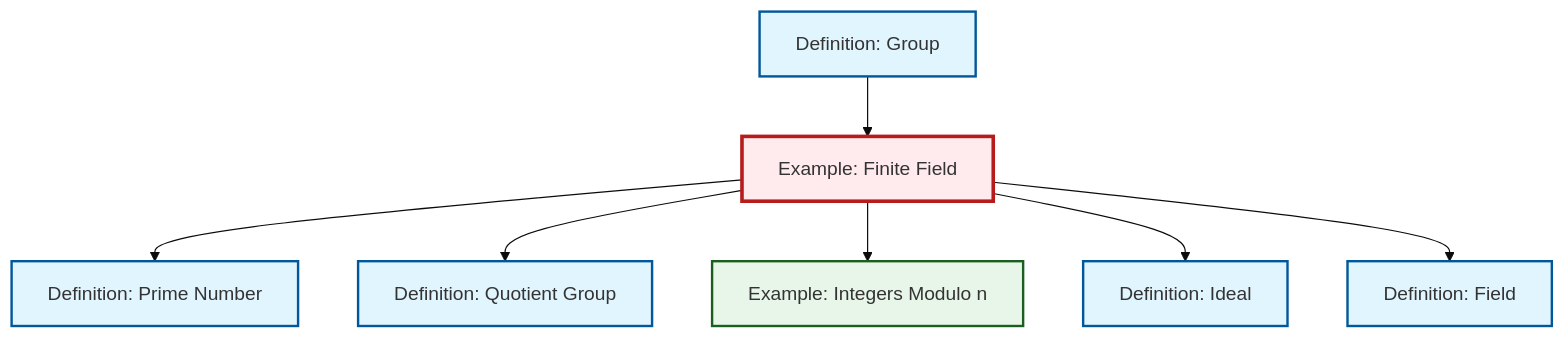
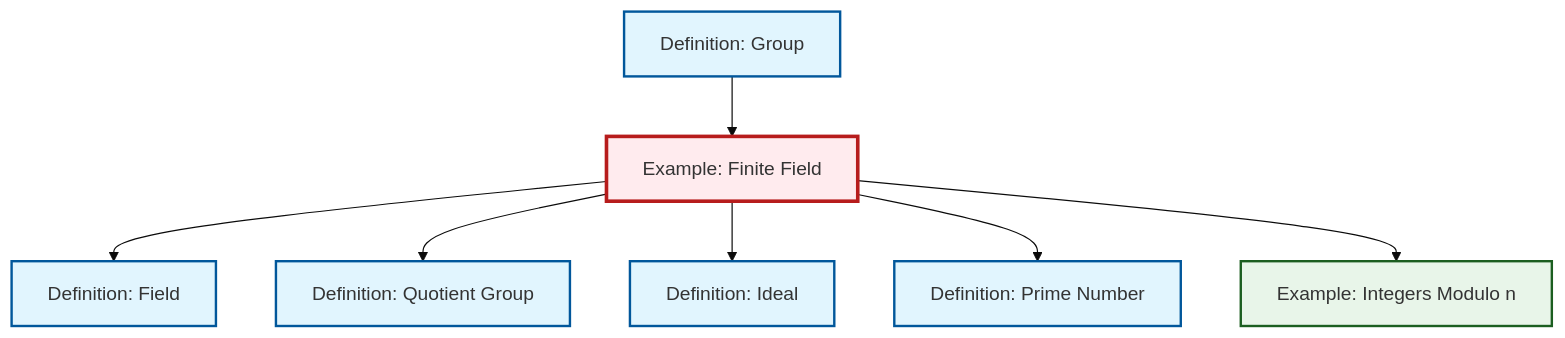
Before and after one commit to RK0429/ModernMath: the diagram in content/ja/algebra/ex-finite-field.qmd, drawn with Mermaid (base theme). The commit also changed other lines of this file and 491 other files, not shown here.

````diff
--- a/content/ja/algebra/ex-finite-field.qmd
+++ b/content/ja/algebra/ex-finite-field.qmd
@@ -65,29 +65,29 @@
 ```{mermaid}
 %%| fig-cap: "Local dependency graph"
 graph TD
     classDef definition fill:#e1f5fe,stroke:#01579b,stroke-width:2px
     classDef theorem fill:#f3e5f5,stroke:#4a148c,stroke-width:2px
     classDef axiom fill:#fff3e0,stroke:#e65100,stroke-width:2px
     classDef example fill:#e8f5e9,stroke:#1b5e20,stroke-width:2px
     classDef current fill:#ffebee,stroke:#b71c1c,stroke-width:3px
+    ex-quotient-integers-mod-n["Example: Integers Modulo n"]:::example
     ex-finite-field["Example: Finite Field"]:::example
+    def-field["Definition: Field"]:::definition
     def-group["Definition: Group"]:::definition
     def-ideal["Definition: Ideal"]:::definition
-    def-field["Definition: Field"]:::definition
-    ex-quotient-integers-mod-n["Example: Integers Modulo n"]:::example
     def-prime["Definition: Prime Number"]:::definition
     def-quotient-group["Definition: Quotient Group"]:::definition
+    ex-finite-field --> def-field
+    ex-finite-field --> def-quotient-group
+    ex-finite-field --> def-ideal
     ex-finite-field --> def-prime
-    ex-finite-field --> def-quotient-group
     ex-finite-field --> ex-quotient-integers-mod-n
     def-group --> ex-finite-field
-    ex-finite-field --> def-ideal
-    ex-finite-field --> def-field
     class ex-finite-field current
+    click ex-quotient-integers-mod-n "ex-quotient-integers-mod-n.html" "Example: Integers Modulo nへ"
+    click def-field "def-field.html" "Definition: Fieldへ"
     click def-group "def-group.html" "Definition: Groupへ"
     click def-ideal "def-ideal.html" "Definition: Idealへ"
-    click def-field "def-field.html" "Definition: Fieldへ"
-    click ex-quotient-integers-mod-n "ex-quotient-integers-mod-n.html" "Example: Integers Modulo nへ"
     click def-prime "def-prime.html" "Definition: Prime Numberへ"
     click def-quotient-group "def-quotient-group.html" "Definition: Quotient Groupへ"
 ```
````
